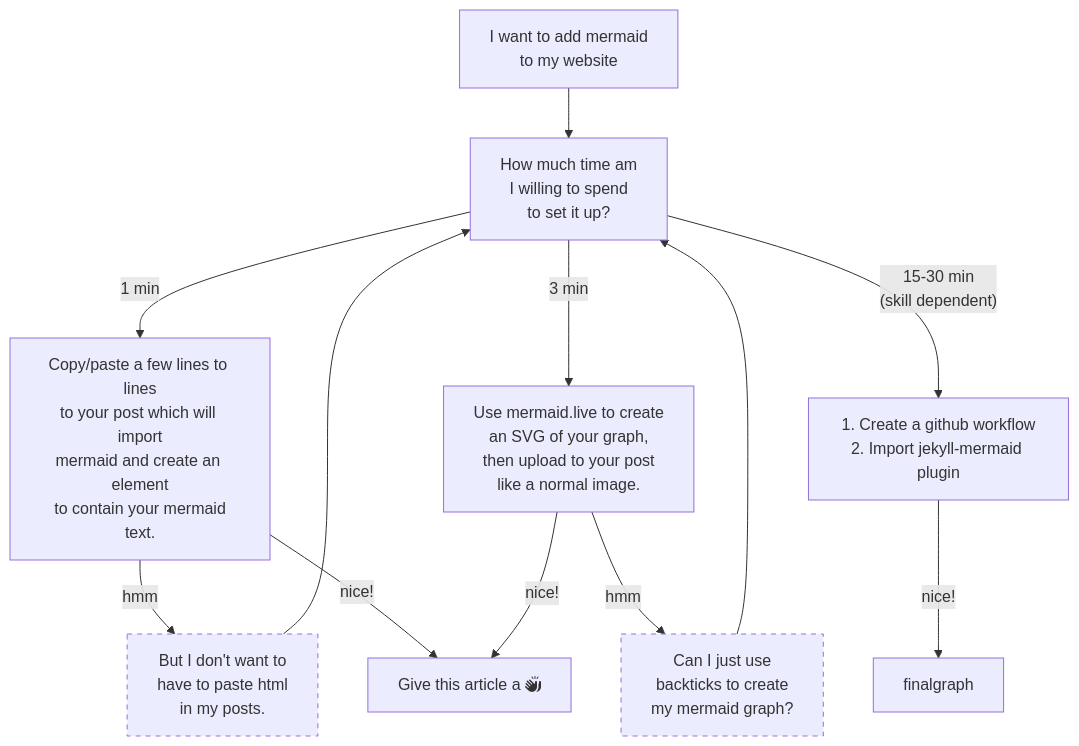
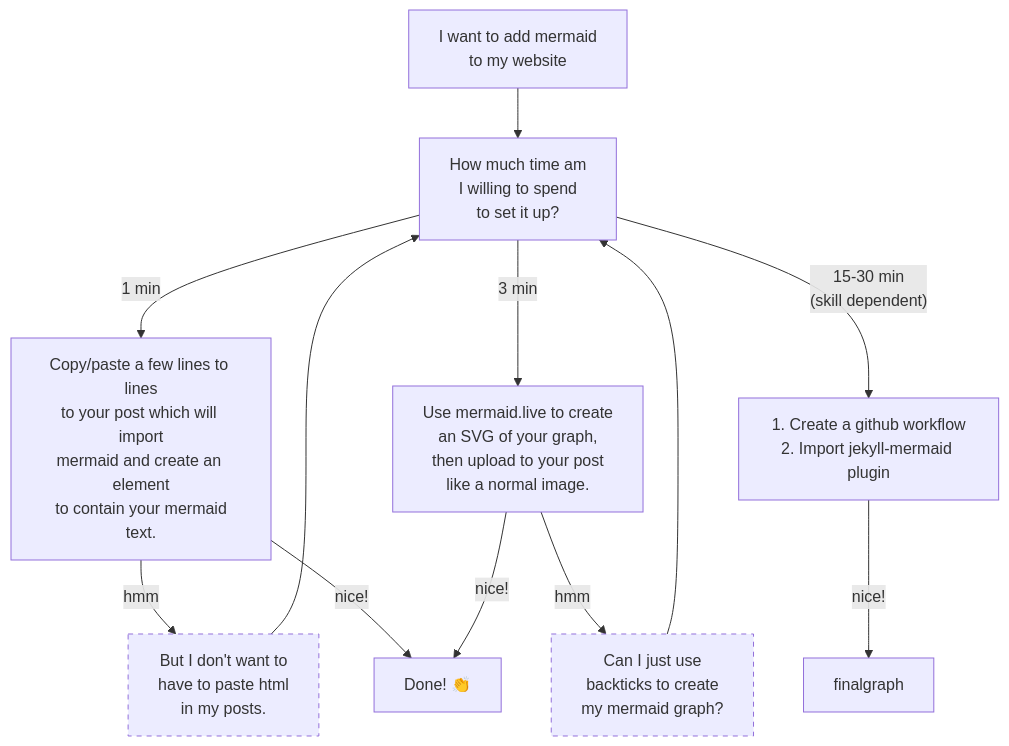
The diagram in _posts/2024-06-26-mermaid-on-static-sites.md (tristan-white/no-style-please), drawn with Mermaid before and after one commit.

Commit message:
fixed mermaid graph

```diff
--- a/_posts/2024-06-26-mermaid-on-static-sites.md
+++ b/_posts/2024-06-26-mermaid-on-static-sites.md
@@ -11,28 +11,28 @@
 <pre class="mermaid">
 
 graph TD
     start["I want to add mermaid<br>to my website"]
     time[How much time am<br>I willing to spend<br>to set it up?]
     easy[Copy/paste a few lines to lines<br>to your post which will import<br>mermaid and create an element<br> to contain your mermaid text.]
     after_medium[Can I just use<br>backticks to create<br>my mermaid graph?]
     style after_medium stroke-dasharray: 5
     medium[Use mermaid.live to create<br>an SVG of your graph,<br>then upload to your post<br>like a normal image.]
     after_easy[But I don't want to<br>have to paste html<br>in my posts.]
     style after_easy stroke-dasharray: 5
     hard[1. Create a github workflow<br>2. Import jekyll-mermaid plugin]
-    final[Give this article a fa:fa-hands-clapping <br>]
+    final[Done! 👏<br>]
 
     start --> time
 
     time -- 1 min --> easy
     time -- 3 min --> medium
     time -- 15-30 min<br>(skill dependent) --> hard
 
     easy -- hmm --> after_easy --> time
     easy -- nice! --> final
 
     medium -- hmm --> after_medium --> time
     medium -- nice! --> final
 
     hard -- nice! --> finalgraph
 </pre>
```
